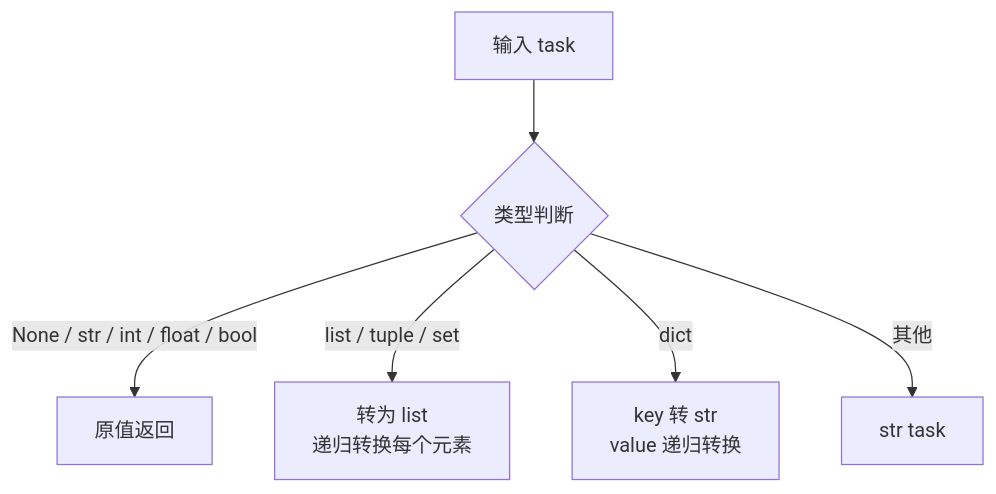
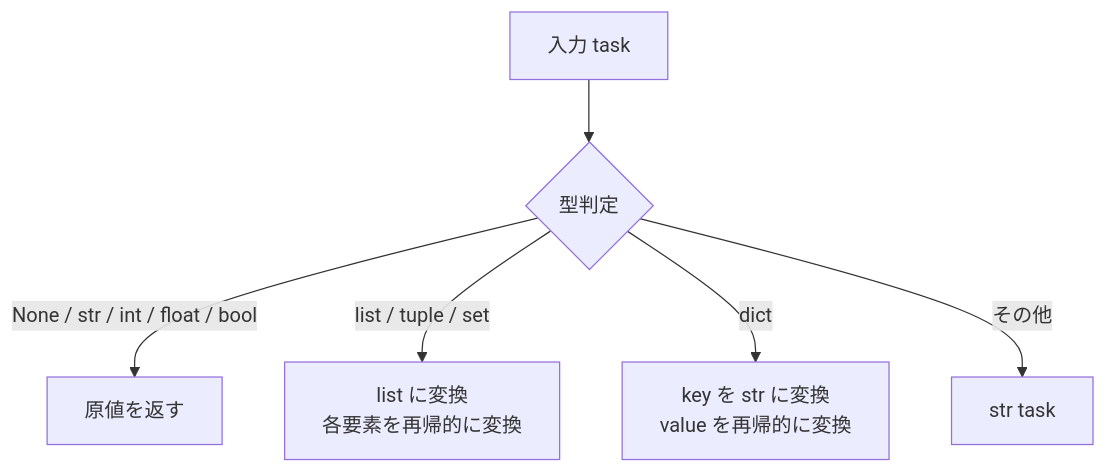
The diagram in docs/ja/src/persistence/util_payload.md (Mr-xiaotian/CelestialFlow), drawn with Mermaid before and after one commit. The commit also changed other lines of this file and 156 other files, not shown here.

````diff
--- a/docs/ja/src/persistence/util_payload.md
+++ b/docs/ja/src/persistence/util_payload.md
@@ -32,8 +30,8 @@
 ```mermaid
 flowchart TD
-    Input[输入 task] --> CheckType{类型判断}
-    CheckType -->|None / str / int / float / bool| Primitive[原值返回]
-    CheckType -->|list / tuple / set| Iterable[转为 list<br/>递归转换每个元素]
-    CheckType -->|dict| DictType[key 转 str<br/>value 递归转换]
-    CheckType -->|其他| Str[str task]
+    Input[入力 task] --> CheckType{型判定}
+    CheckType -->|None / str / int / float / bool| Primitive[原値を返す]
+    CheckType -->|list / tuple / set| Iterable[list に変換<br/>各要素を再帰的に変換]
+    CheckType -->|dict| DictType[key を str に変換<br/>value を再帰的に変換]
+    CheckType -->|その他| Str[str task]
 ```
````
